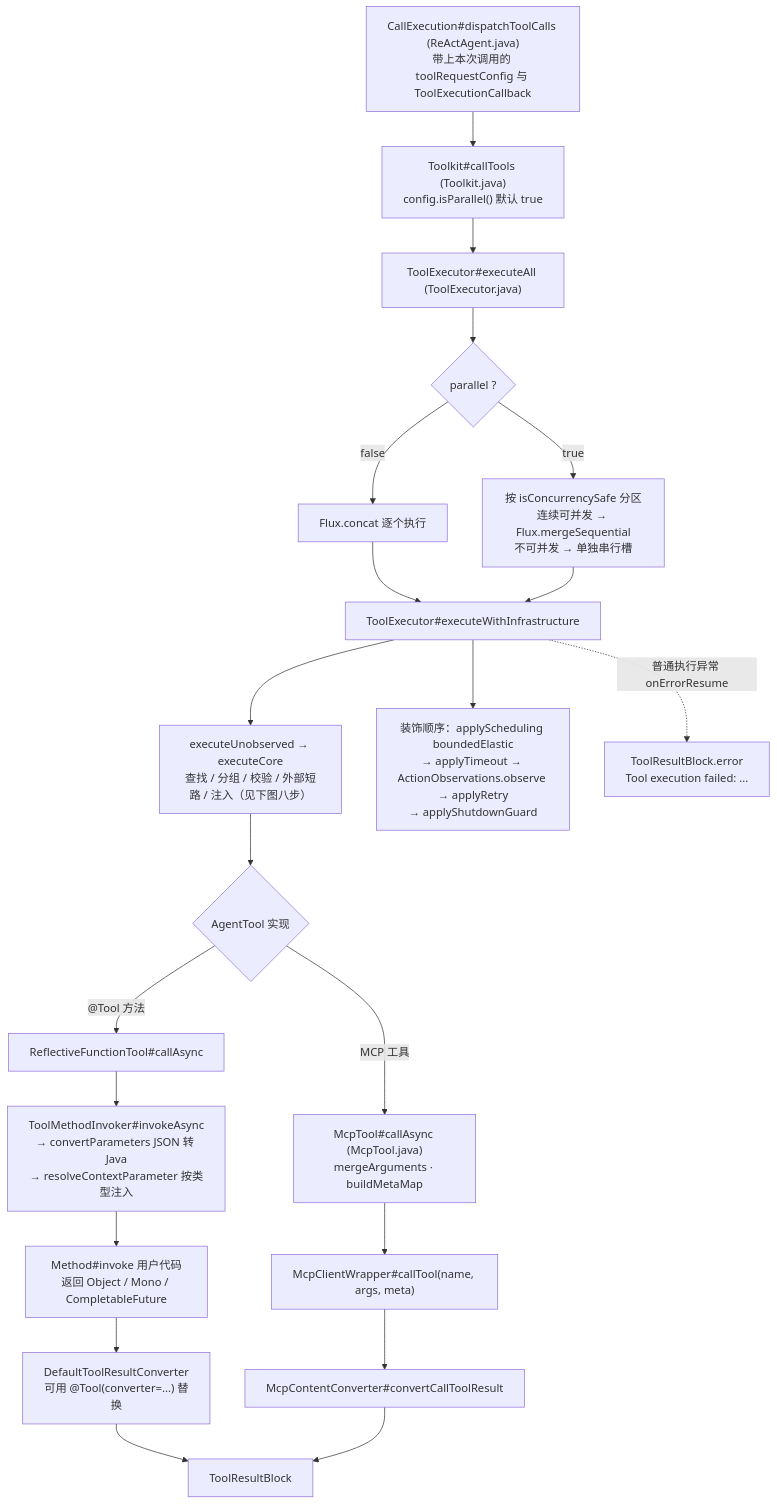
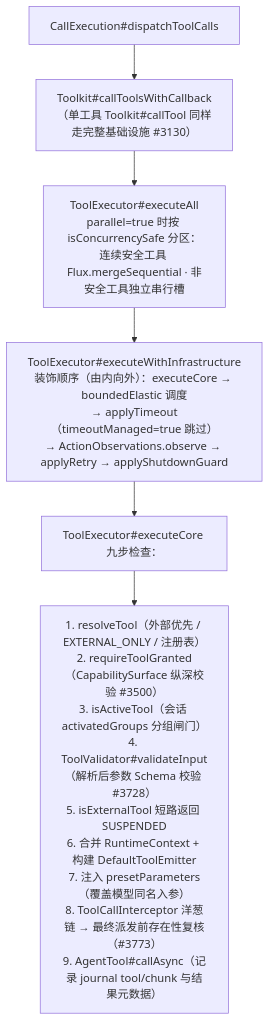
Before and after one commit to liulangjietou/AgentScope-source-analysis: the second of 2 diagrams in 04-工具系统.md, drawn with Mermaid. The commit also changed other lines of this file and 14 other files, not shown here.

````diff
--- a/04-工具系统.md
+++ b/04-工具系统.md
@@ -103,23 +56,8 @@
 ```mermaid
 flowchart TB
-    DT["CallExecution#dispatchToolCalls (ReActAgent.java)<br/>带上本次调用的 toolRequestConfig 与 ToolExecutionCallback"] --> CT["Toolkit#callTools (Toolkit.java)<br/>config.isParallel() 默认 true"]
-    CT --> EA["ToolExecutor#executeAll (ToolExecutor.java)"]
-    EA --> PAR{"parallel ?"}
-    PAR -->|"false"| SEQ["Flux.concat 逐个执行"]
-    PAR -->|"true"| PART["按 isConcurrencySafe 分区<br/>连续可并发 → Flux.mergeSequential<br/>不可并发 → 单独串行槽"]
-    SEQ --> WI
-    PART --> WI["ToolExecutor#executeWithInfrastructure"]
-    WI --> EX["executeUnobserved → executeCore<br/>查找 / 分组 / 校验 / 外部短路 / 注入（见下图八步）"]
-    WI --> DEC["装饰顺序：applyScheduling boundedElastic<br/>→ applyTimeout → ActionObservations.observe → applyRetry<br/>→ applyShutdownGuard"]
-    EX --> KIND{"AgentTool 实现"}
-    KIND -->|"@Tool 方法"| RFT["ReflectiveFunctionTool#callAsync"]
-    RFT --> INV["ToolMethodInvoker#invokeAsync<br/>→ convertParameters JSON 转 Java<br/>→ resolveContextParameter 按类型注入"]
-    INV --> MI["Method#invoke 用户代码<br/>返回 Object / Mono / CompletableFuture"]
-    MI --> CONV["DefaultToolResultConverter<br/>可用 @Tool(converter=...) 替换"]
-    KIND -->|"MCP 工具"| MT["McpTool#callAsync (McpTool.java)<br/>mergeArguments · buildMetaMap"]
-    MT --> MCW["McpClientWrapper#callTool(name, args, meta)"]
-    MCW --> MCC["McpContentConverter#convertCallToolResult"]
-    CONV --> OUT["ToolResultBlock"]
-    MCC --> OUT
-    WI -.->|"普通执行异常 onErrorResume"| ERR["ToolResultBlock.error<br/>Tool execution failed: ..."]
+    DT["CallExecution#dispatchToolCalls"] --> CT["Toolkit#callToolsWithCallback<br/>（单工具 Toolkit#callTool 同样走完整基础设施 #3130）"]
+    CT --> EA["ToolExecutor#executeAll<br/>parallel=true 时按 isConcurrencySafe 分区：<br/>连续安全工具 Flux.mergeSequential · 非安全工具独立串行槽"]
+    EA --> WI["ToolExecutor#executeWithInfrastructure<br/>装饰顺序（由内向外）：executeCore → boundedElastic 调度<br/>→ applyTimeout（timeoutManaged=true 跳过）<br/>→ ActionObservations.observe → applyRetry → applyShutdownGuard"]
+    WI --> CORE["ToolExecutor#executeCore 九步检查："]
+    CORE --> S1["1. resolveTool（外部优先 / EXTERNAL_ONLY / 注册表）<br/>2. requireToolGranted（CapabilitySurface 纵深校验 #3500）<br/>3. isActiveTool（会话 activatedGroups 分组闸门）<br/>4. ToolValidator#validateInput（解析后参数 Schema 校验 #3728）<br/>5. isExternalTool 短路返回 SUSPENDED<br/>6. 合并 RuntimeContext + 构建 DefaultToolEmitter<br/>7. 注入 presetParameters（覆盖模型同名入参）<br/>8. ToolCallInterceptor 洋葱链 → 最终派发前存在性复核（#3773）<br/>9. AgentTool#callAsync（记录 journal tool/chunk 与结果元数据）"]
 ```
````
